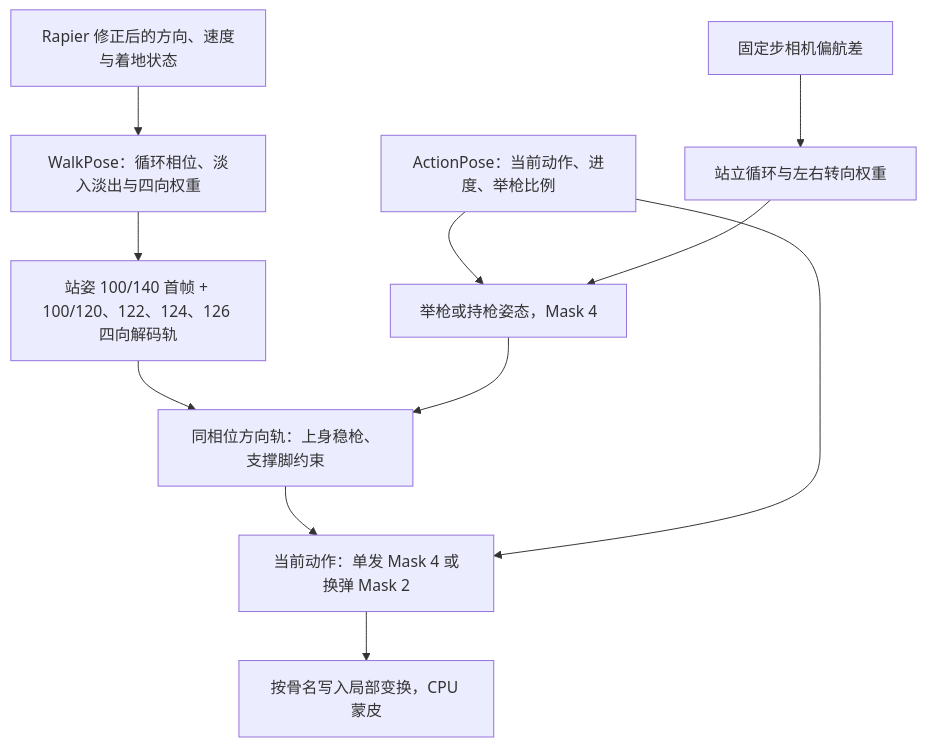
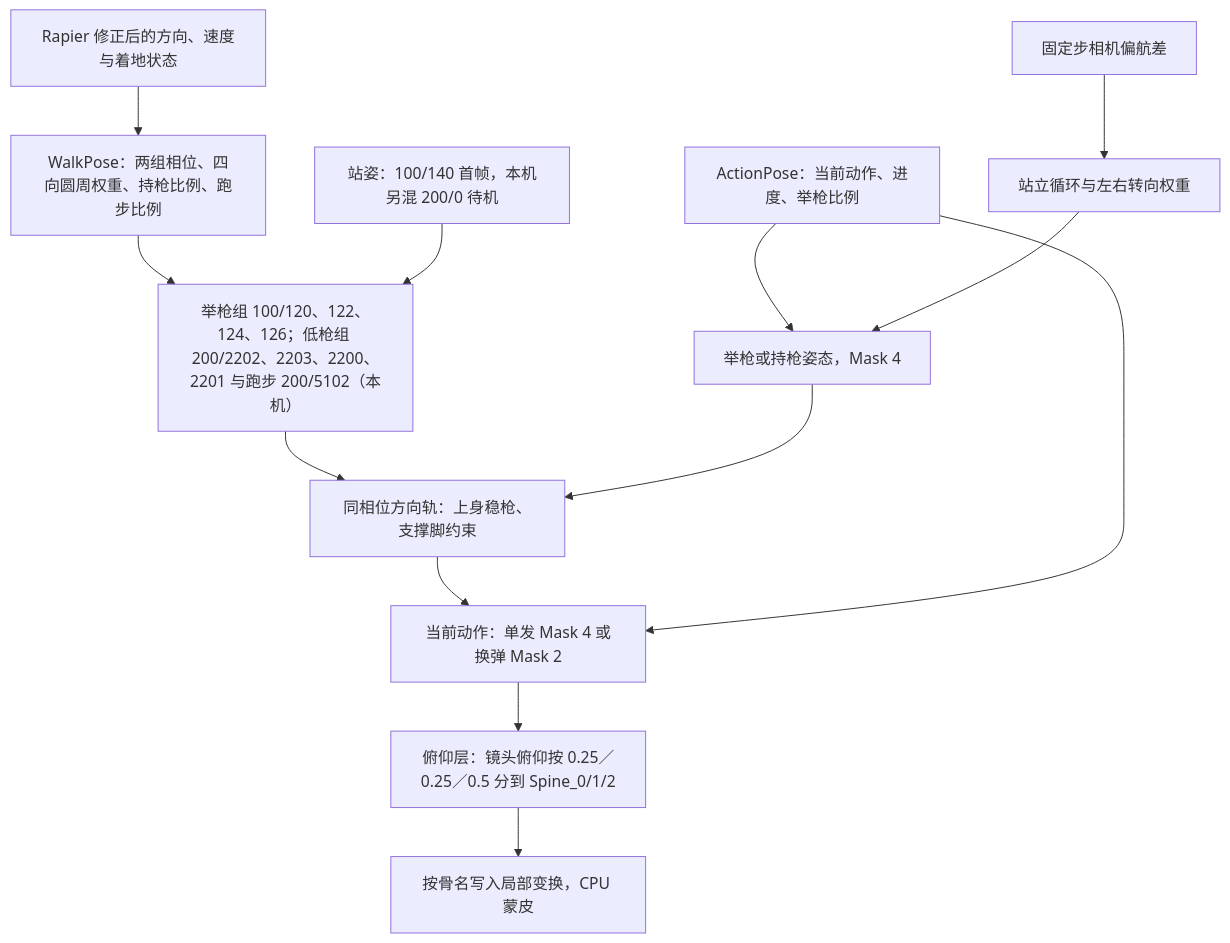
One commit to archili2035/RE_Research changed the second of 2 diagrams in web-3c/TECHNICAL.md. Above: the diagram before and after it, drawn with Mermaid. The commit also changed other lines of this file and 51 other files, not shown here.

````diff
--- a/web-3c/TECHNICAL.md
+++ b/web-3c/TECHNICAL.md
@@ -37,12 +38,14 @@
 ```mermaid
 flowchart TD
-  Move["Rapier 修正后的方向、速度与着地状态"] --> Walk["WalkPose：循环相位、淡入淡出与四向权重"]
-  Walk --> Base["站姿 100/140 首帧 + 100/120、122、124、126 四向解码轨"]
+  Move["Rapier 修正后的方向、速度与着地状态"] --> Walk["WalkPose：两组相位、四向圆周权重、持枪比例、跑步比例"]
+  Walk --> Base["举枪组 100/120、122、124、126；低枪组 200/2202、2203、2200、2201 与跑步 200/5102（本机）"]
+  Rest["站姿：100/140 首帧，本机另混 200/0 待机"] --> Base
   State["ActionPose：当前动作、进度、举枪比例"] --> Aim["举枪或持枪姿态，Mask 4"]
   Camera["固定步相机偏航差"] --> AimMotion["站立循环与左右转向权重"] --> Aim
   Base --> AimedBase["同相位方向轨：上身稳枪、支撑脚约束"]
   Aim --> AimedBase
   AimedBase --> Overlay["当前动作：单发 Mask 4 或换弹 Mask 2"]
   State --> Overlay
-  Overlay --> Skin["按骨名写入局部变换，CPU 蒙皮"]
+  Overlay --> Pitch["俯仰层：镜头俯仰按 0.25／0.25／0.5 分到 Spine_0/1/2"]
+  Pitch --> Skin["按骨名写入局部变换，CPU 蒙皮"]
 ```
````
